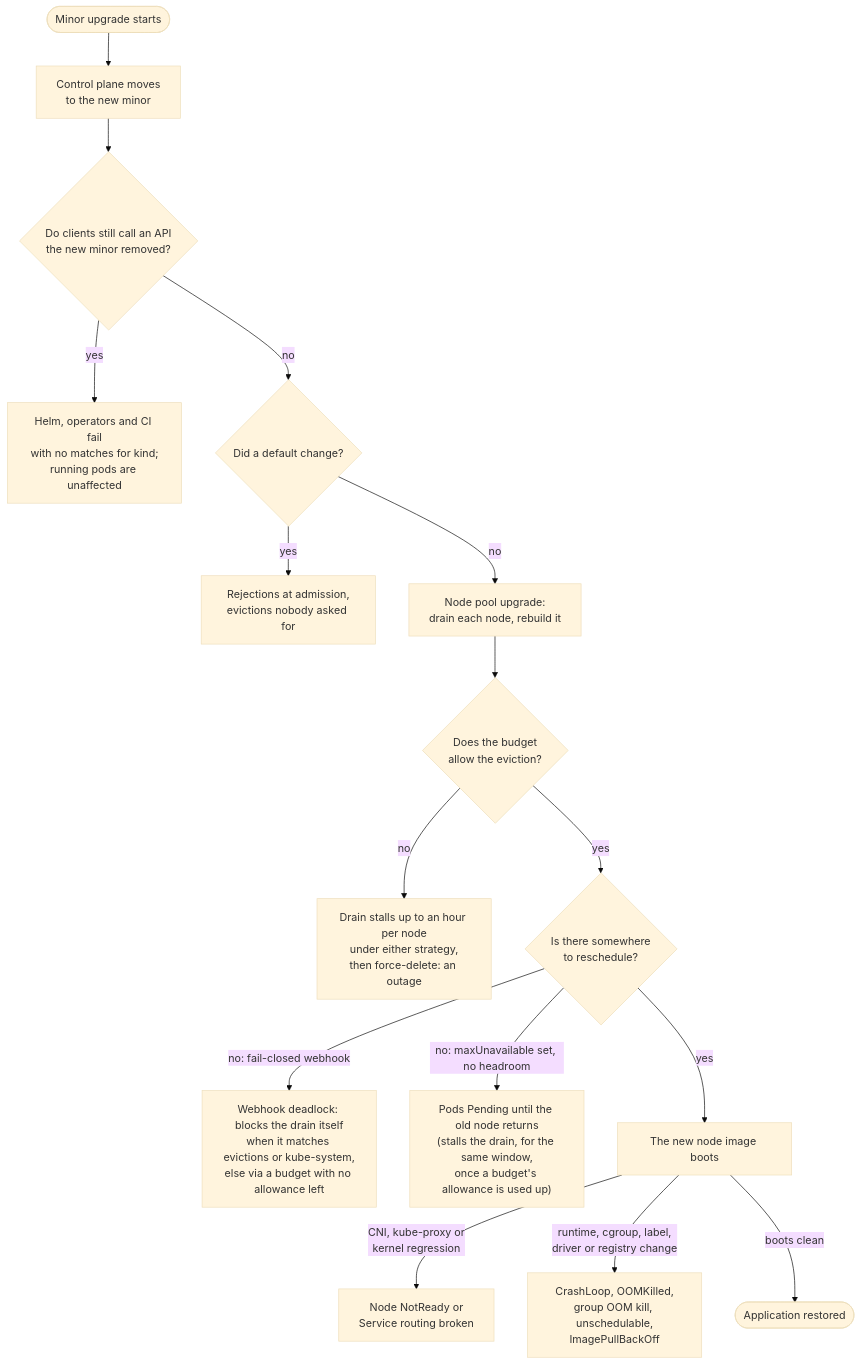
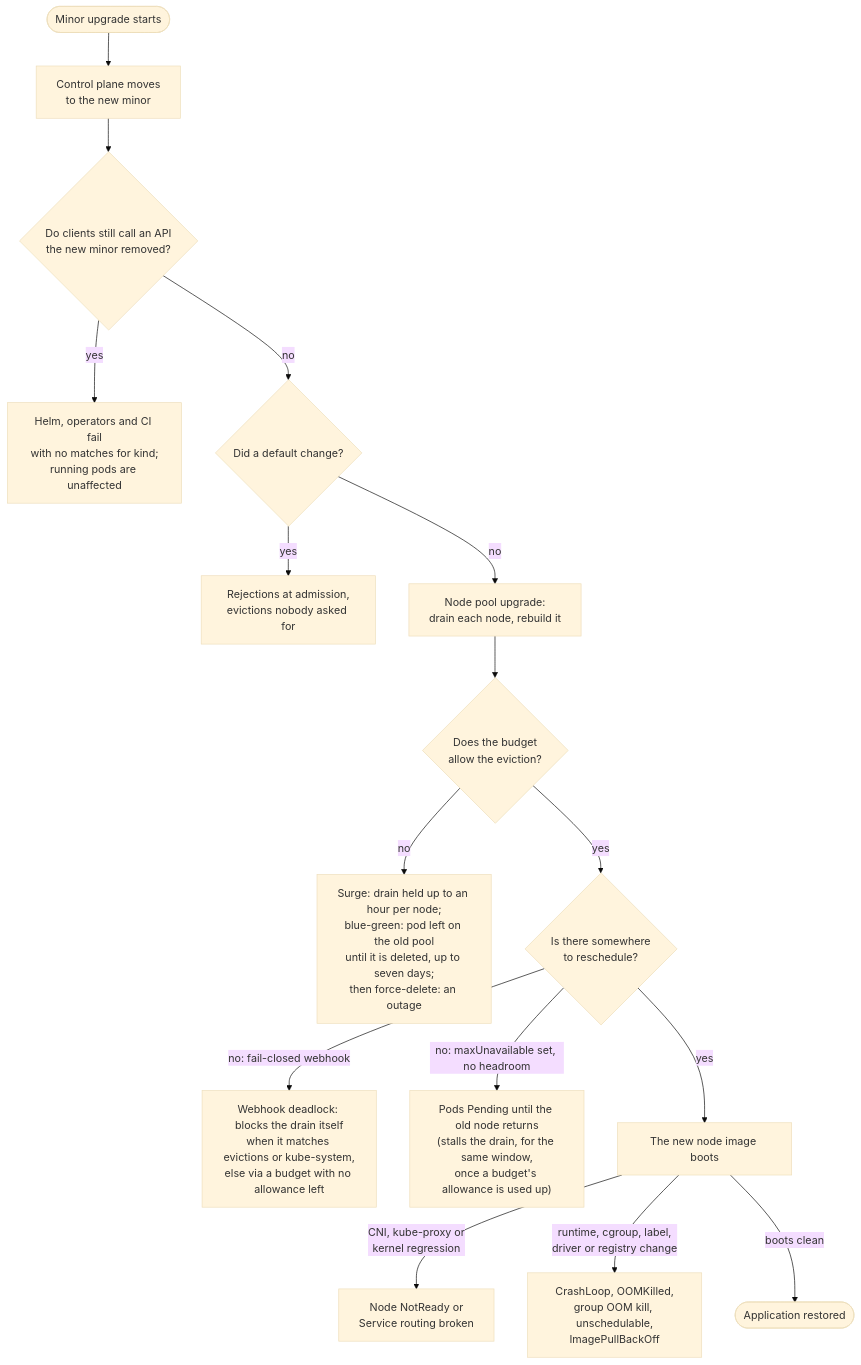
The diagram in docs/designs/upgrade-failure-catalogue.md (gke-labs/kube-agents), drawn with Mermaid (base theme) before and after one commit. The commit also changed other lines of this file and 1 other file, not shown here.

First line of the commit message:
docs(designs): a blocked eviction ends differently per upgrade strategy; mapkubeapis removes kinds with no successor

````diff
--- a/docs/designs/upgrade-failure-catalogue.md
+++ b/docs/designs/upgrade-failure-catalogue.md
@@ -156,18 +162,18 @@
 ```mermaid
 flowchart TD
     Start([Minor upgrade starts]) --> CP[Control plane moves<br/>to the new minor]
     CP --> Removed{Do clients still call an API<br/>the new minor removed?}
     Removed -- yes --> APIDep["Helm, operators and CI fail<br/>with no matches for kind;<br/>running pods are unaffected"]
     Removed -- no --> Defaults{Did a default change?}
     Defaults -- yes --> Adm["Rejections at admission,<br/>evictions nobody asked for"]
     Defaults -- no --> Pool[Node pool upgrade:<br/>drain each node, rebuild it]
     Pool --> PDB{Does the budget<br/>allow the eviction?}
-    PDB -- no --> Stall["Drain stalls up to an hour per node<br/>under either strategy,<br/>then force-delete: an outage"]
+    PDB -- no --> Stall["Surge: drain held up to an hour per node;<br/>blue-green: pod left on the old pool<br/>until it is deleted, up to seven days;<br/>then force-delete: an outage"]
     PDB -- yes --> Room{Is there somewhere<br/>to reschedule?}
     Room -- "no: fail-closed webhook" --> Deadlock["Webhook deadlock: blocks the drain itself<br/>when it matches evictions or kube-system,<br/>else via a budget with no allowance left"]
     Room -- "no: maxUnavailable set, no headroom" --> Pending["Pods Pending until the old node returns<br/>(stalls the drain, for the same window,<br/>once a budget's allowance is used up)"]
     Room -- yes --> Image[The new node image boots]
     Image -- "CNI, kube-proxy or<br/>kernel regression" --> Net[Node NotReady or<br/>Service routing broken]
     Image -- "runtime, cgroup, label,<br/>driver or registry change" --> Crash["CrashLoop, OOMKilled,<br/>group OOM kill, unschedulable,<br/>ImagePullBackOff"]
     Image -- boots clean --> OK([Application restored])
 ```
````
